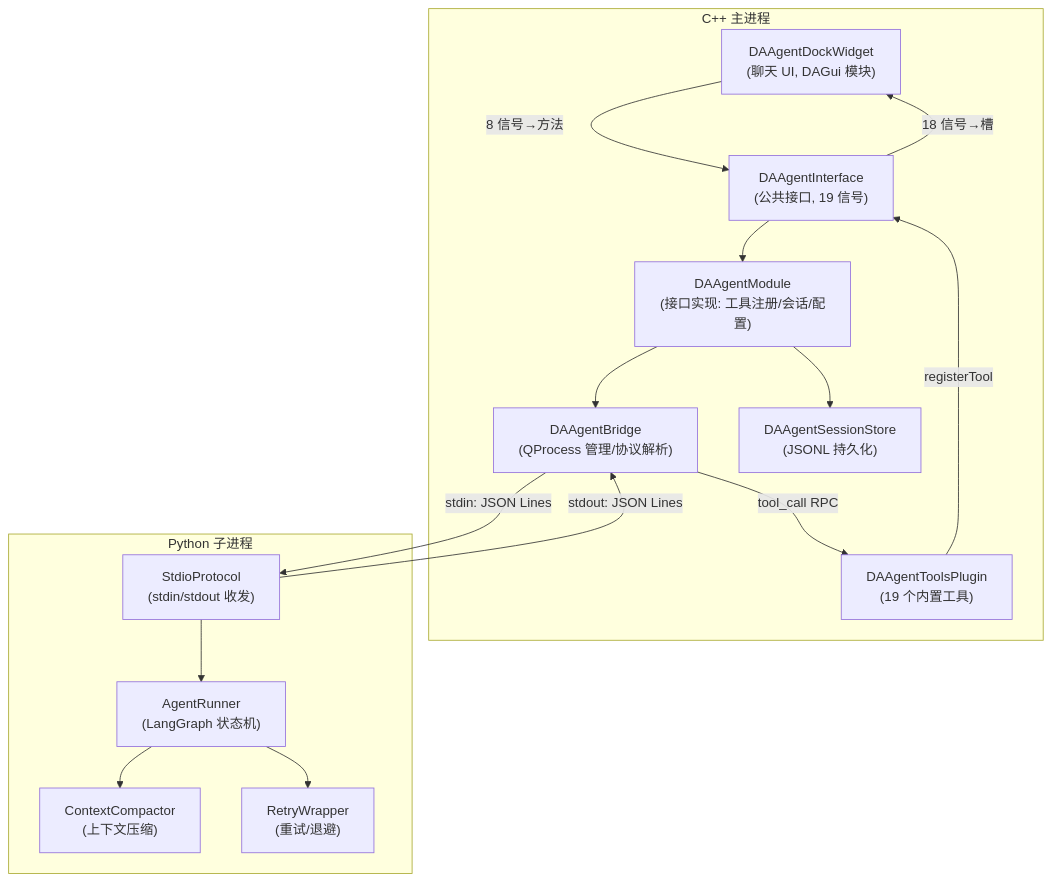
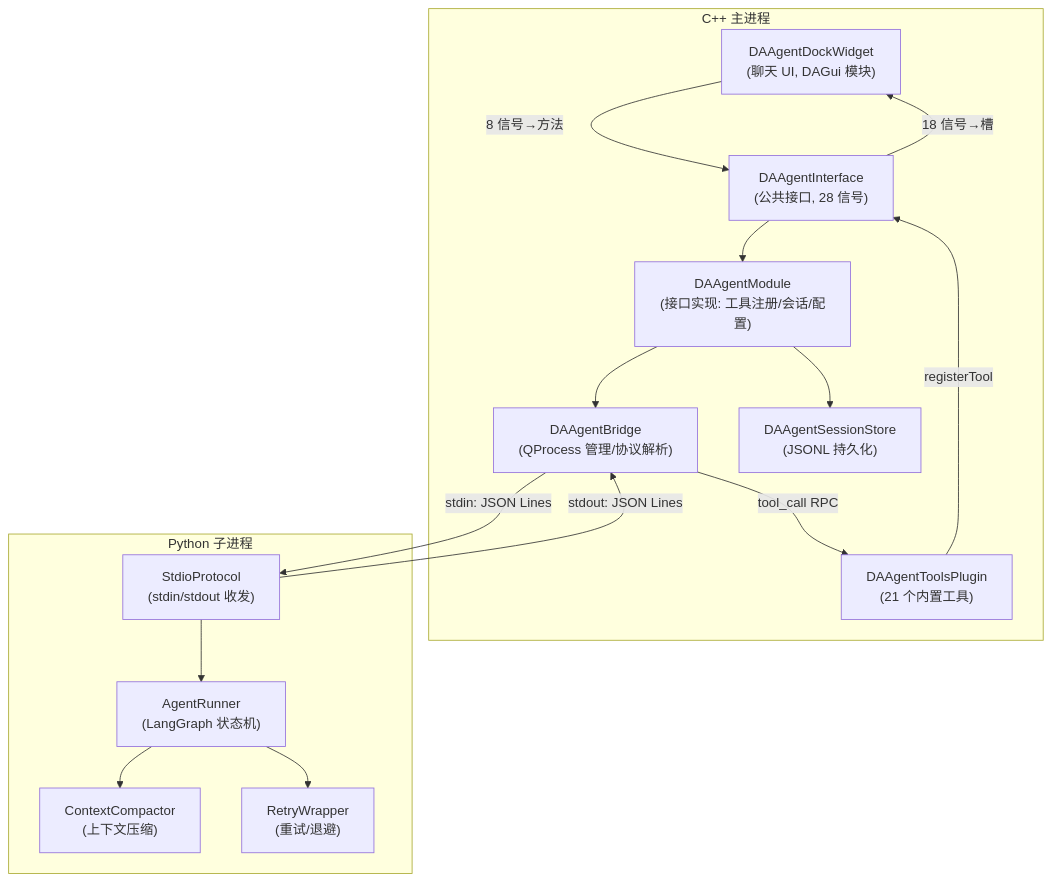
The diagram in docs/zh/dev-guide/agent/index.md (czyt1988/data-workbench), drawn with Mermaid before and after one commit. The commit also changed other lines of this file and 5 other files, not shown here.

````diff
--- a/docs/zh/dev-guide/agent/index.md
+++ b/docs/zh/dev-guide/agent/index.md
@@ -43,32 +43,32 @@
 ```mermaid
 graph TB
     subgraph "C++ 主进程"
         UI["DAAgentDockWidget<br/>(聊天 UI, DAGui 模块)"]
-        IF["DAAgentInterface<br/>(公共接口, 19 信号)"]
+        IF["DAAgentInterface<br/>(公共接口, 28 信号)"]
         MOD["DAAgentModule<br/>(接口实现: 工具注册/会话/配置)"]
         BRIDGE["DAAgentBridge<br/>(QProcess 管理/协议解析)"]
         STORE["DAAgentSessionStore<br/>(JSONL 持久化)"]
-        TOOLS["DAAgentToolsPlugin<br/>(19 个内置工具)"]
+        TOOLS["DAAgentToolsPlugin<br/>(21 个内置工具)"]
     end
 
     subgraph "Python 子进程"
         PROTO["StdioProtocol<br/>(stdin/stdout 收发)"]
         RUNNER["AgentRunner<br/>(LangGraph 状态机)"]
         CTX["ContextCompactor<br/>(上下文压缩)"]
         RETRY["RetryWrapper<br/>(重试/退避)"]
     end
 
     UI -->|"8 信号→方法"| IF
     IF -->|"18 信号→槽"| UI
     IF --> MOD
     MOD --> BRIDGE
     MOD --> STORE
     TOOLS -->|"registerTool"| IF
 
     BRIDGE -->|"stdin: JSON Lines"| PROTO
     PROTO -->|"stdout: JSON Lines"| BRIDGE
     PROTO --> RUNNER
     RUNNER --> CTX
     RUNNER --> RETRY
     BRIDGE -->|"tool_call RPC"| TOOLS
 ```
````
